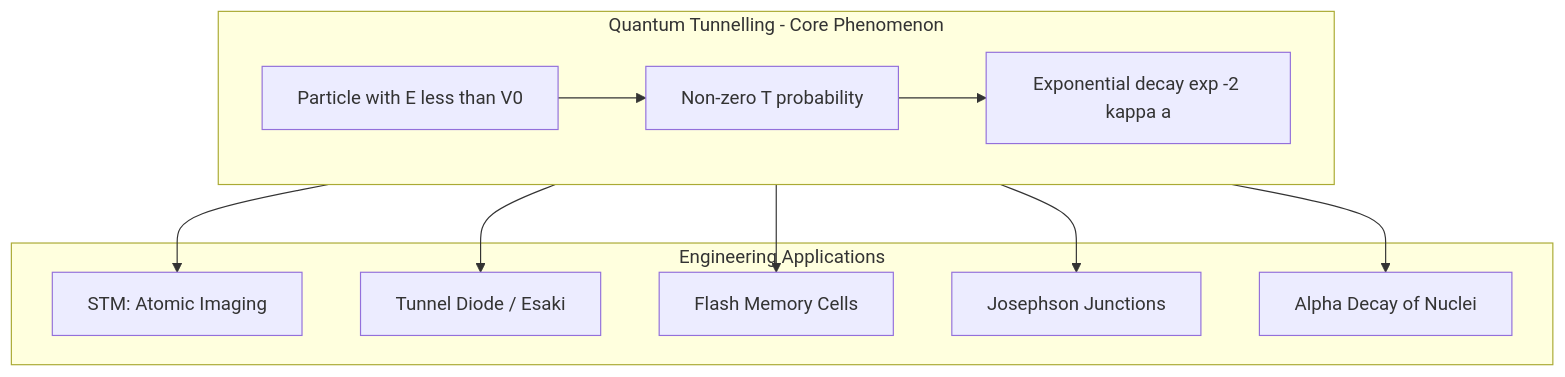
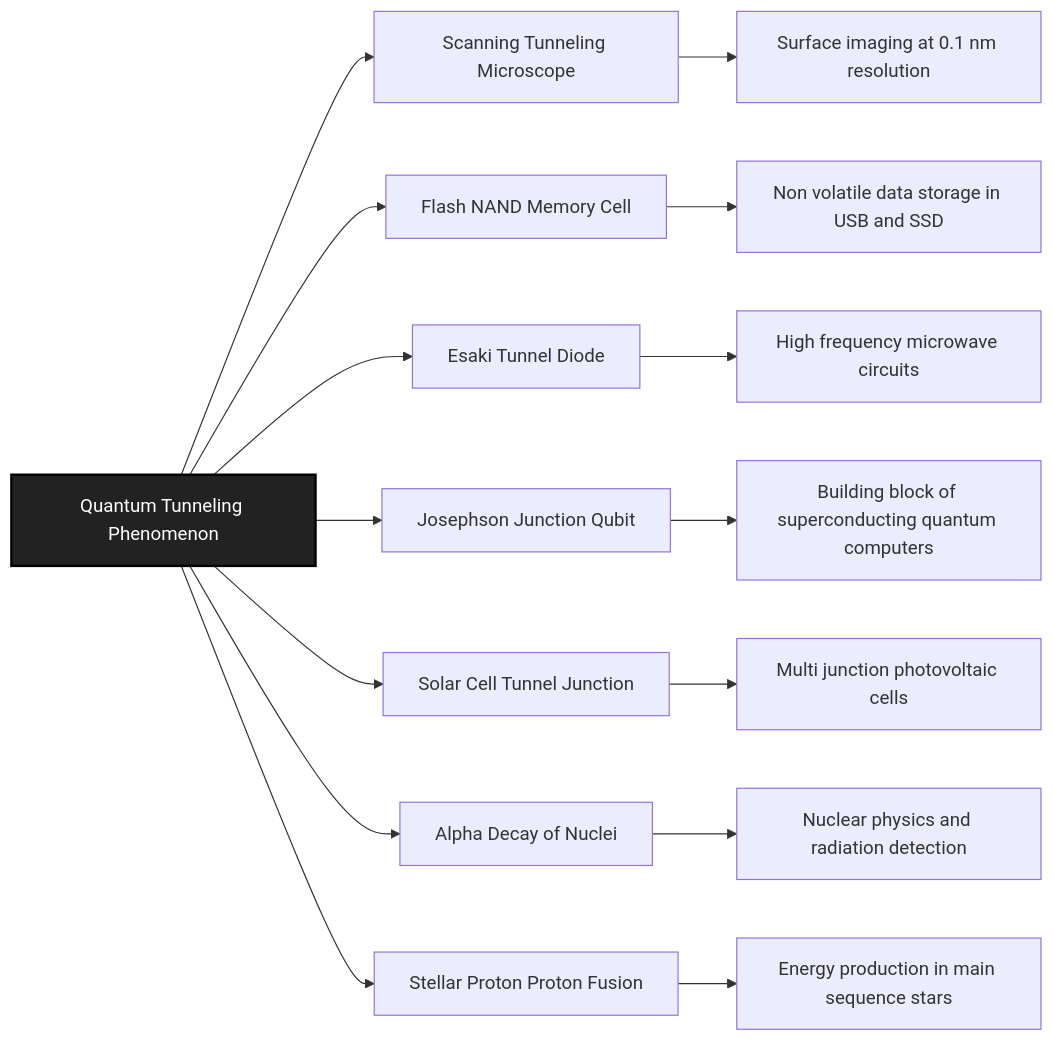
One commit to vishnuu-kr/ktunode changed the third of 4 diagrams in public/notes/computer-science-and-engineering/semester-1/gapht121-physics-for-information-science/02-module-2-quantum-mechanics/quantum-mechanical-tunnelling-qualitative/notes.md. Above: the diagram before and after it, drawn with Mermaid. The commit also changed other lines of this file and 4829 other files, not shown here.

````diff
--- a/public/notes/computer-science-and-engineering/semester-1/gapht121-physics-for-information-science/02-module-2-quantum-mechanics/quantum-mechanical-tunnelling-qualitative/notes.md
+++ b/public/notes/computer-science-and-engineering/semester-1/gapht121-physics-for-information-science/02-module-2-quantum-mechanics/quantum-mechanical-tunnelling-qualitative/notes.md
@@ -248,21 +460,22 @@
 ```mermaid
-flowchart TB
-    subgraph QM[Quantum Tunnelling - Core Phenomenon]
-        P1[Particle with E less than V0] --> P2[Non-zero T probability]
-        P2 --> P3[Exponential decay exp -2 kappa a]
-    end
+flowchart LR
+    Q[Quantum Tunneling Phenomenon]:::core
 
-    subgraph APPS[Engineering Applications]
-        Q1[STM: Atomic Imaging]
-        Q2[Tunnel Diode / Esaki]
-        Q3[Flash Memory Cells]
-        Q4[Josephson Junctions]
-        Q5[Alpha Decay of Nuclei]
-    end
+    Q --> A1[Scanning Tunneling Microscope]
+    Q --> A2[Flash NAND Memory Cell]
+    Q --> A3[Esaki Tunnel Diode]
+    Q --> A4[Josephson Junction Qubit]
+    Q --> A5[Solar Cell Tunnel Junction]
+    Q --> A6[Alpha Decay of Nuclei]
+    Q --> A7[Stellar Proton Proton Fusion]
 
-    QM --> Q1
-    QM --> Q2
-    QM --> Q3
-    QM --> Q4
-    QM --> Q5
+    A1 --> I1[Surface imaging at 0.1 nm resolution]
+    A2 --> I2[Non volatile data storage in USB and SSD]
+    A3 --> I3[High frequency microwave circuits]
+    A4 --> I4[Building block of superconducting quantum computers]
+    A5 --> I5[Multi junction photovoltaic cells]
+    A6 --> I6[Nuclear physics and radiation detection]
+    A7 --> I7[Energy production in main sequence stars]
+
+    classDef core fill:#222,stroke:#000,color:#fff,stroke-width:2px;
 ```
````
